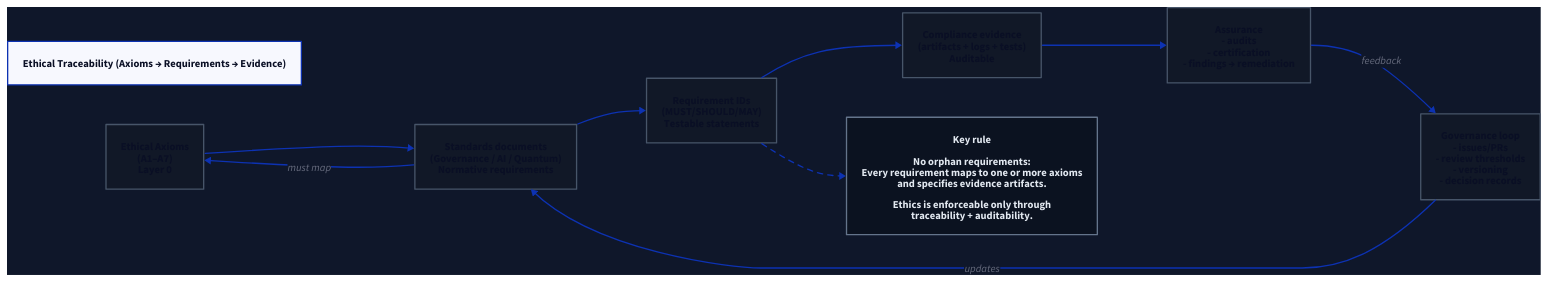
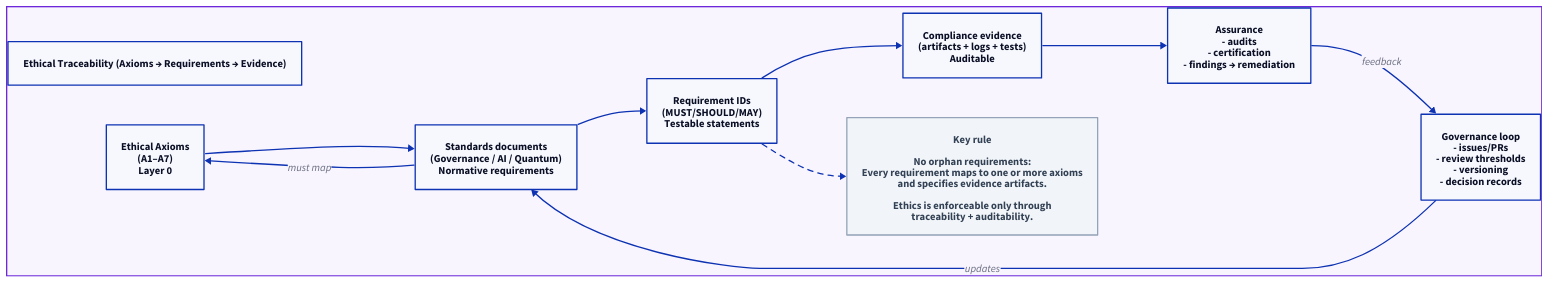
Before and after one commit to adamsdsit/ai-quantum-ethics-standards: the diagram in diagrams/traceability_flow.d2, drawn with D2. The commit also changed other lines of this file and 9 other files, not shown here.

Commit message:
Refresh D2 diagrams with purple/white theme

```diff
--- a/diagrams/traceability_flow.d2
+++ b/diagrams/traceability_flow.d2
@@ -1,44 +1,34 @@
 direction: right
 
 title: "Ethical Traceability (Axioms → Requirements → Evidence)"
 
 style: {
-  fill: "#0f172a"
-  stroke: "#334155"
-  font-color: "#e2e8f0"
+  fill: "#F8F5FF"
+  stroke: "#6D28D9"
+  font-color: "#2E1065"
+  font-size: 18
+  stroke-width: 2
 }
 
-axioms: "Ethical Axioms\n(A1–A7)\nLayer 0" {
-  style: { fill: "#111827"; stroke: "#475569" }
-}
+axioms: "Ethical Axioms\n(A1–A7)\nLayer 0"
 
-standards: "Standards documents\n(Governance / AI / Quantum)\nNormative requirements" {
-  style: { fill: "#111827"; stroke: "#475569" }
-}
+standards: "Standards documents\n(Governance / AI / Quantum)\nNormative requirements"
 
-reqs: "Requirement IDs\n(MUST/SHOULD/MAY)\nTestable statements" {
-  style: { fill: "#111827"; stroke: "#475569" }
-}
+reqs: "Requirement IDs\n(MUST/SHOULD/MAY)\nTestable statements"
 
-evidence: "Compliance evidence\n(artifacts + logs + tests)\nAuditable" {
-  style: { fill: "#111827"; stroke: "#475569" }
-}
+evidence: "Compliance evidence\n(artifacts + logs + tests)\nAuditable"
 
-assurance: "Assurance\n- audits\n- certification\n- findings → remediation" {
-  style: { fill: "#111827"; stroke: "#475569" }
-}
+assurance: "Assurance\n- audits\n- certification\n- findings → remediation"
 
-governance: "Governance loop\n- issues/PRs\n- review thresholds\n- versioning\n- decision records" {
-  style: { fill: "#111827"; stroke: "#475569" }
-}
+governance: "Governance loop\n- issues/PRs\n- review thresholds\n- versioning\n- decision records"
 
 axioms -> standards -> reqs -> evidence -> assurance
 assurance -> governance: "feedback"
 governance -> standards: "updates"
 standards -> axioms: "must map"
 
 note: "Key rule\n\nNo orphan requirements:\nEvery requirement maps to one or more axioms\nand specifies evidence artifacts.\n\nEthics is enforceable only through\ntraceability + auditability." {
-  style: { fill: "#0b1220"; stroke: "#64748b"; font-color: "#e2e8f0" }
+  style: { fill: "#F1F5F9"; stroke: "#94A3B8"; font-color: "#334155"; font-size: 16 }
 }
 
 reqs -> note: { style.stroke-dash: 4 }
```
